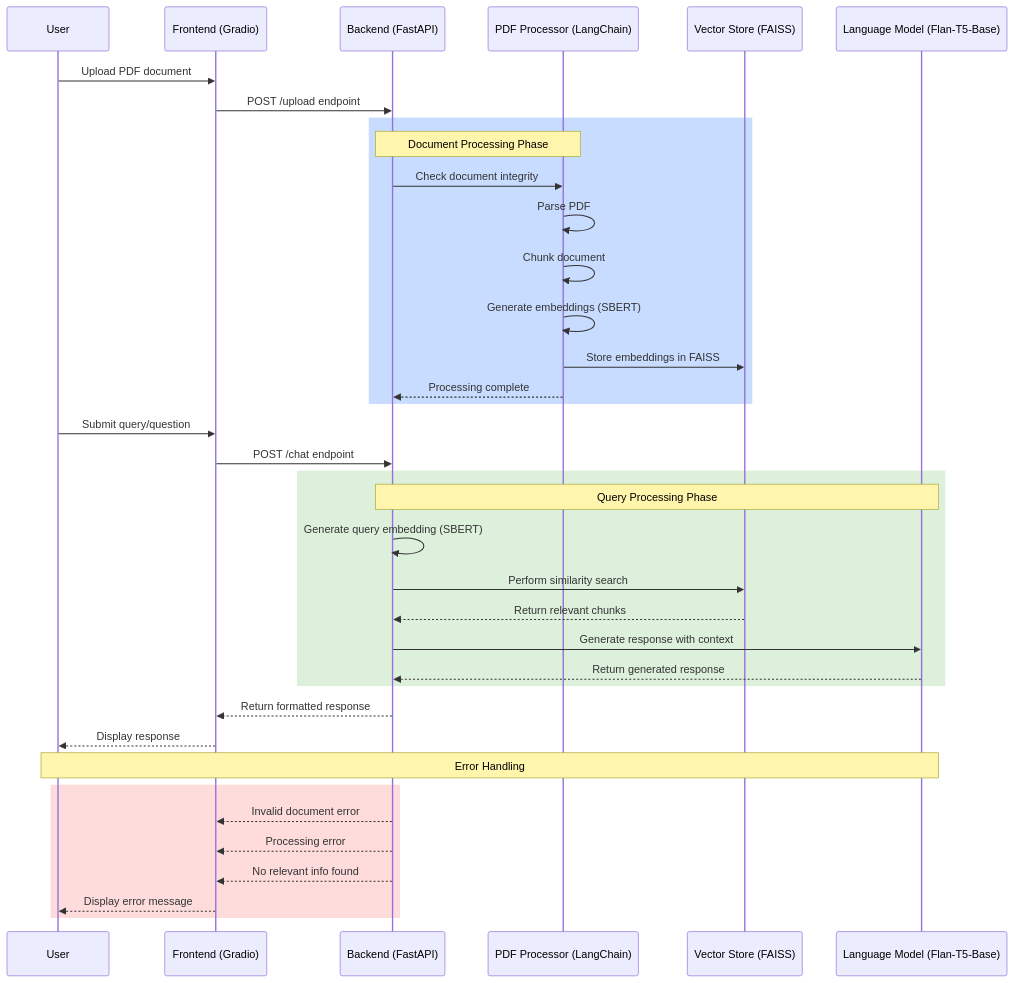
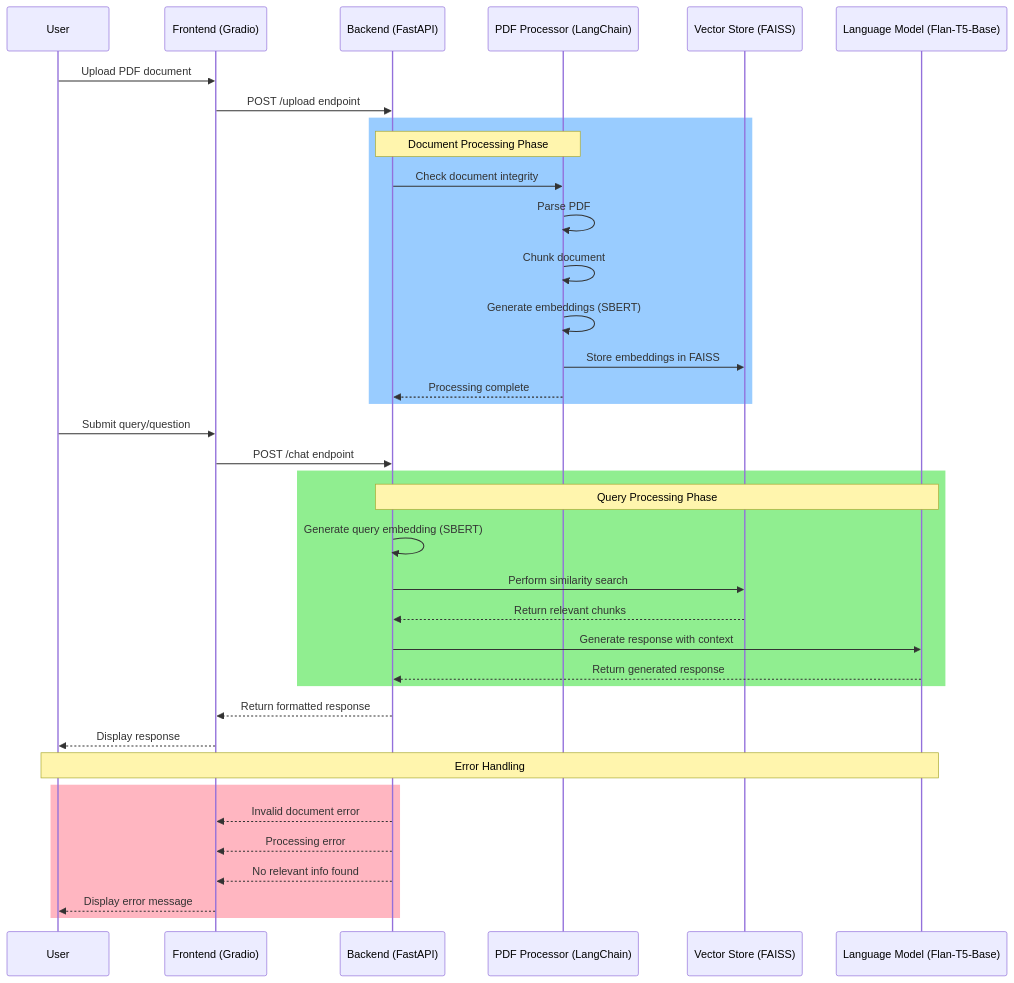
Before and after one commit to DHMahdi/RAG-Chatbot: the diagram in README.md, drawn with Mermaid. The commit also changed other lines of this file, not shown here.

Commit message:
README Update

````diff
--- a/README.md
+++ b/README.md
@@ -7,40 +7,45 @@
 ```mermaid
 sequenceDiagram
-  participant U as User
-  participant FE as Frontend (Gradio)
-  participant BE as Backend (FastAPI)
-  participant PP as PDF Processor (LangChain)
-  participant VS as Vector Store (FAISS)
-  participant LLM as Language Model (Flan-T5-Base)
+    participant U as User
+    participant FE as Frontend (Gradio)
+    participant BE as Backend (FastAPI)
+    participant PP as PDF Processor (LangChain)
+    participant VS as Vector Store (FAISS)
+    participant LLM as Language Model (Flan-T5-Base)
 
-  U ->> FE: Upload PDF document
-  FE ->> BE: POST /upload endpoint
-  rect rgb(200, 220, 255)
-    Note over BE, PP: Document Processing Phase
-    BE ->> PP: Check document integrity
-    PP ->> PP: Parse PDF
-    PP ->> PP: Chunk document
-    PP ->> PP: Generate embeddings (SBERT)
-    PP ->> VS: Store embeddings in FAISS
-    PP -->> BE: Processing complete
-  end
-  U ->> FE: Submit query/question
-  FE ->> BE: POST /chat endpoint
-  rect rgb(220, 240, 220)
-    Note over BE, LLM: Query Processing Phase
-    BE ->> BE: Generate query embedding (SBERT)
-    BE ->> VS: Perform similarity search
-    VS -->> BE: Return relevant chunks
-    BE ->> LLM: Generate response with context
-    LLM -->> BE: Return generated response
-  end
-  BE -->> FE: Return formatted response
-  FE -->> U: Display response
-  Note over U, LLM: Error Handling
-  rect rgb(255, 220, 220)
-    BE -->> FE: Invalid document error
-    BE -->> FE: Processing error
-    BE -->> FE: No relevant info found
-    FE -->> U: Display error message
-  end
+    U->>FE: Upload PDF document
+    FE->>BE: POST /upload endpoint
+    
+    rect rgb(153, 204, 255)
+        Note over BE,PP: Document Processing Phase
+        BE->>PP: Check document integrity
+        PP->>PP: Parse PDF
+        PP->>PP: Chunk document
+        PP->>PP: Generate embeddings (SBERT)
+        PP->>VS: Store embeddings in FAISS
+        PP-->>BE: Processing complete
+    end
+
+    U->>FE: Submit query/question
+    FE->>BE: POST /chat endpoint
+    
+    rect rgb(144, 238, 144)
+        Note over BE,LLM: Query Processing Phase
+        BE->>BE: Generate query embedding (SBERT)
+        BE->>VS: Perform similarity search
+        VS-->>BE: Return relevant chunks
+        BE->>LLM: Generate response with context
+        LLM-->>BE: Return generated response
+    end
+    
+    BE-->>FE: Return formatted response
+    FE-->>U: Display response
+
+    Note over U,LLM: Error Handling
+    rect rgb(255, 182, 193)
+        BE-->>FE: Invalid document error
+        BE-->>FE: Processing error
+        BE-->>FE: No relevant info found
+        FE-->>U: Display error message
+    end
 ```
````
